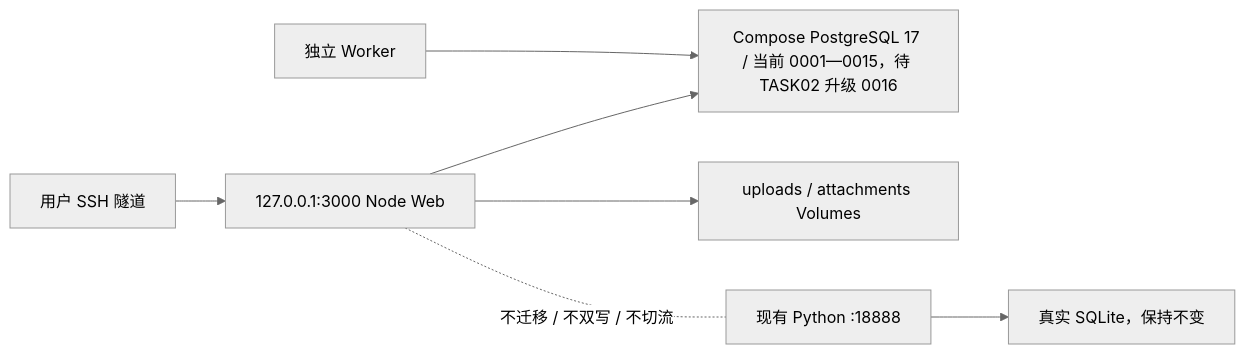
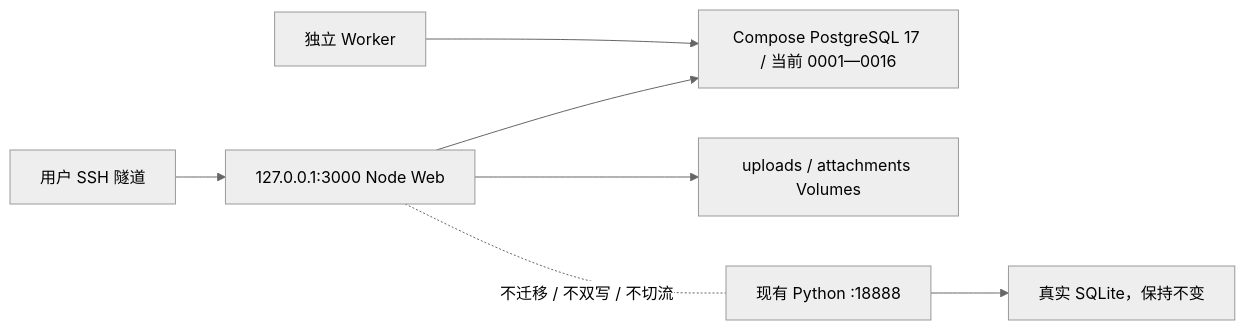
One commit to 3443176848/chenyida changed the third of 13 diagrams in docs/project/ARCHITECTURE.md. Above: the diagram before and after it, drawn with Mermaid (neutral theme). The commit also changed other lines of this file and 12 other files, not shown here.

````diff
--- a/docs/project/ARCHITECTURE.md
+++ b/docs/project/ARCHITECTURE.md
@@ -46,9 +46,9 @@
 ```mermaid
 flowchart LR
     SSH["用户 SSH 隧道"] --> WEB["127.0.0.1:3000 Node Web"]
-    WEB --> PG["Compose PostgreSQL 17 / 当前 0001—0015，待 TASK02 升级 0016"]
+    WEB --> PG["Compose PostgreSQL 17 / 当前 0001—0016"]
     WORKER["独立 Worker"] --> PG
     WEB --> FILES["uploads / attachments Volumes"]
     PY["现有 Python :18888"] --> SQLITE["真实 SQLite，保持不变"]
     WEB -. "不迁移 / 不双写 / 不切流" .- PY
 ```
````
